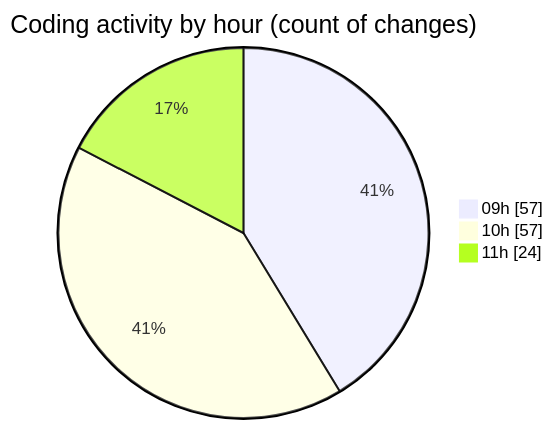
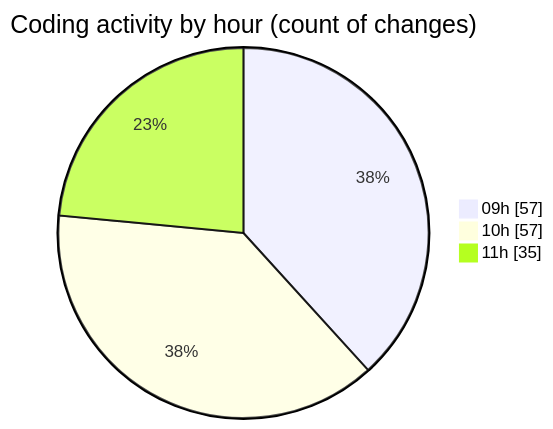
The second of 2 diagrams in 2025-09-19/cda/README.md (momahboobian/code-tracking), drawn with Mermaid before and after one commit. The commit also changed other lines of this file and 1 other file, not shown here.

````diff
--- a/2025-09-19/cda/README.md
+++ b/2025-09-19/cda/README.md
@@ -30,7 +30,7 @@
 ```mermaid
 pie showData
 title Coding activity by hour (count of changes)
 "09h" : 57
 "10h" : 57
-"11h" : 24
+"11h" : 35
 ```
````
